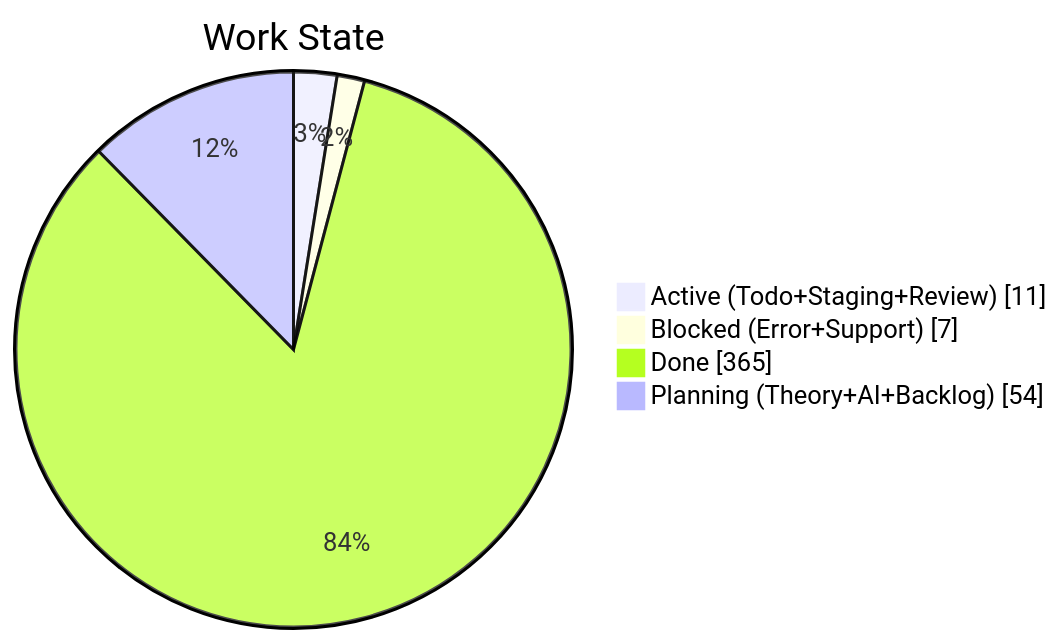
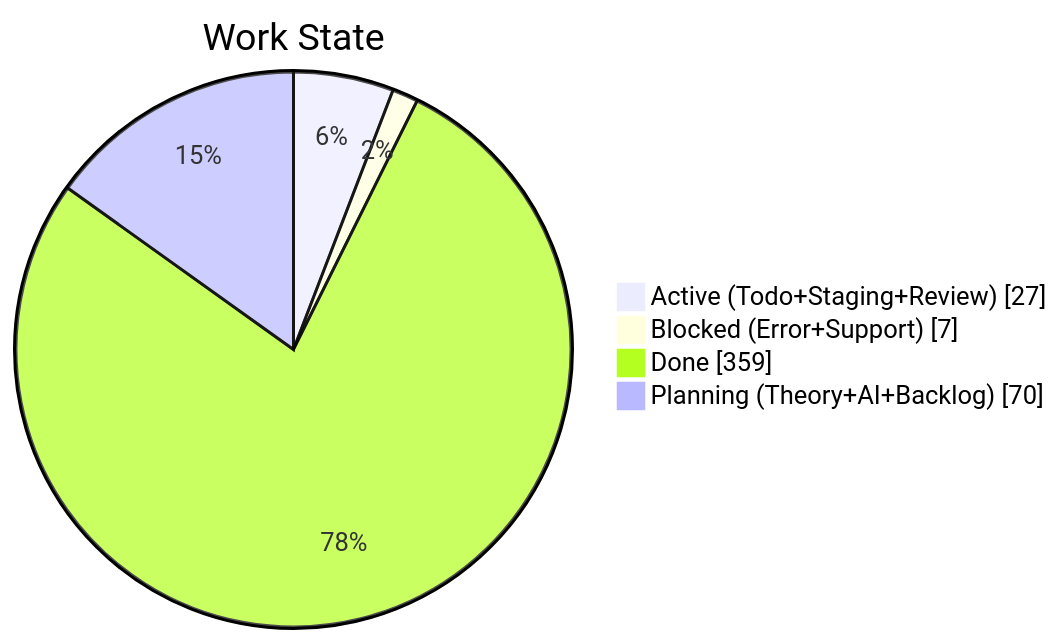
The second of 4 diagrams in apps/kbve/astro-kbve/src/content/docs/dashboard/kanban-data.mdx (KBVE/kbve), drawn with Mermaid before and after one commit. The commit also changed other lines of this file and 8 other files, not shown here.

````diff
--- a/apps/kbve/astro-kbve/src/content/docs/dashboard/kanban-data.mdx
+++ b/apps/kbve/astro-kbve/src/content/docs/dashboard/kanban-data.mdx
@@ -68,8 +68,8 @@
 ```mermaid
 pie showData
     title Work State
-    "Active (Todo+Staging+Review)" : 11
+    "Active (Todo+Staging+Review)" : 27
     "Blocked (Error+Support)" : 7
-    "Done" : 365
-    "Planning (Theory+AI+Backlog)" : 54
+    "Done" : 359
+    "Planning (Theory+AI+Backlog)" : 70
 ```
````
